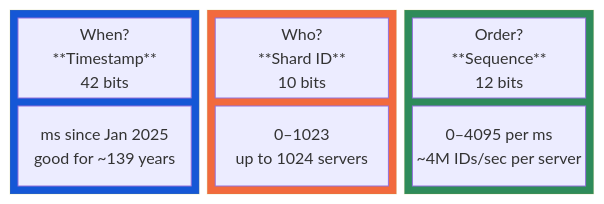
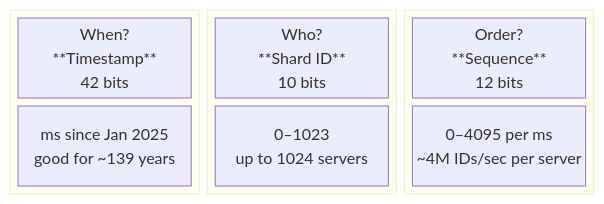
Before and after one commit to MohamedBenTaher/shorty: the second of 3 diagrams in docs/case-study-url-shortener.md, drawn with Mermaid. The commit also changed other lines of this file, not shown here.

Commit message:
docs: rewrite case study in first-person tone, drop client framing, simplify diagrams

````diff
--- a/docs/case-study-url-shortener.md
+++ b/docs/case-study-url-shortener.md
@@ -96,32 +93,28 @@
 ```mermaid
 block-beta
     columns 3
     block:ts
         columns 1
         a["When?
         **Timestamp**
         42 bits"]
         a1["ms since Jan 2025
         good for ~139 years"]
     end
     block:sh
         columns 1
         b["Who?
         **Shard ID**
         10 bits"]
         b1["0–1023
         up to 1024 servers"]
     end
     block:sq
         columns 1
         c["Order?
         **Sequence**
         12 bits"]
         c1["0–4095 per ms
         ~4M IDs/sec per server"]
     end
-
-    style ts fill:#1557d6,color:#fff
-    style sh fill:#f26a3d,color:#fff
-    style sq fill:#2e8b5a,color:#fff
 ```
````
